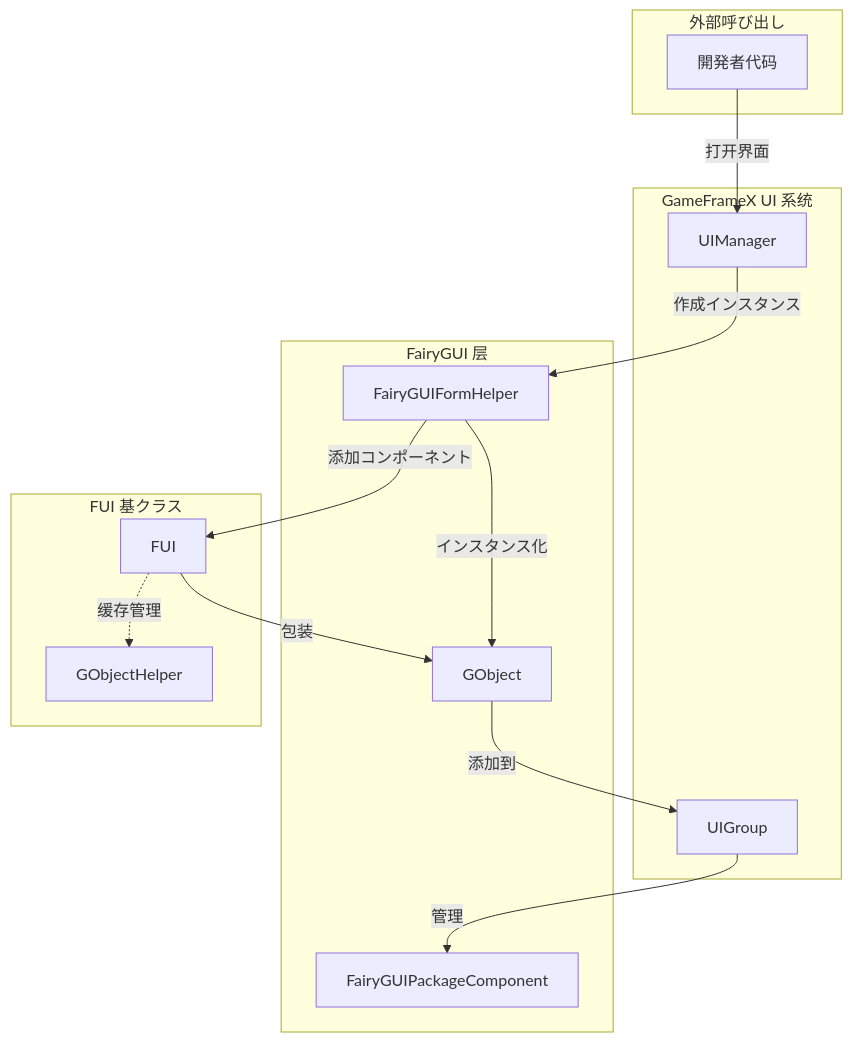
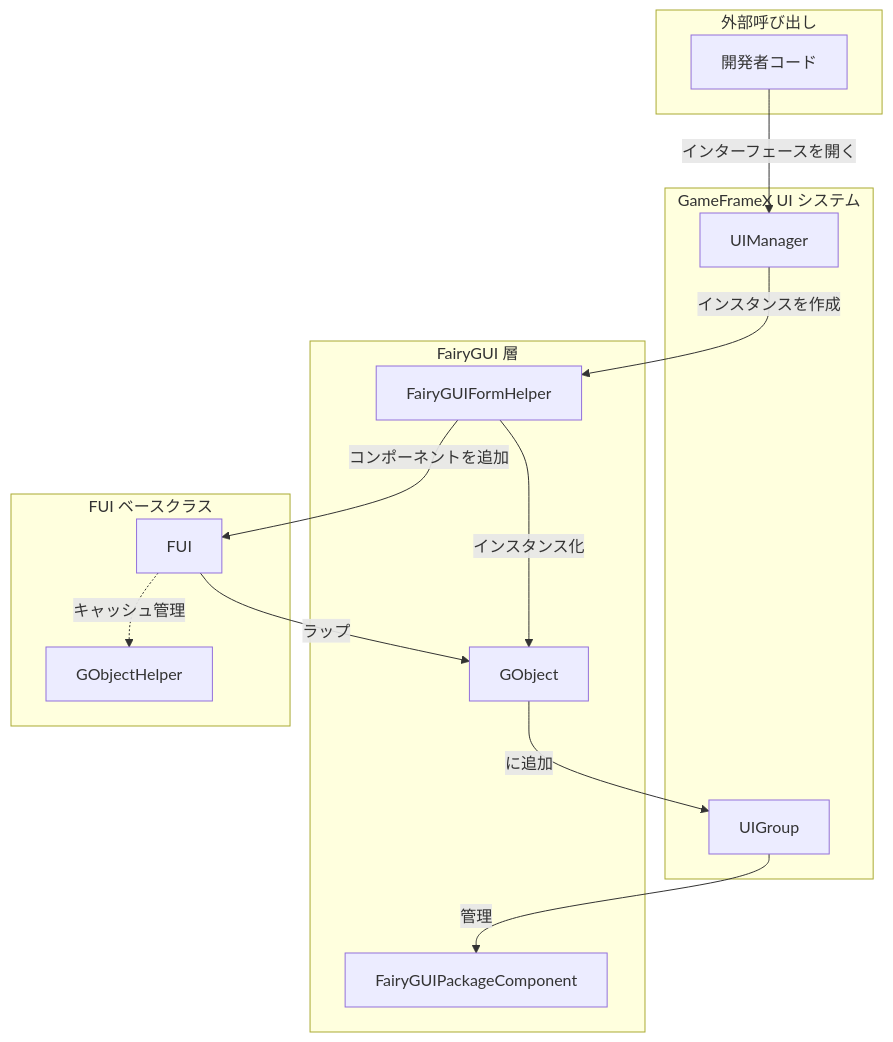
Before and after one commit to AlianBlank/GameFrameX.Docs: the second of 3 diagrams in docs/ja/client/unity/component/ui-fairygui/06.fui-base-class.md, drawn with Mermaid. The commit also changed other lines of this file and 320 other files, not shown here.

````diff
--- a/docs/ja/client/unity/component/ui-fairygui/06.fui-base-class.md
+++ b/docs/ja/client/unity/component/ui-fairygui/06.fui-base-class.md
@@ -56,31 +56,31 @@
 ```mermaid
 flowchart TD
     subgraph External["外部呼び出し"]
-        Dev[開発者代码]
+        Dev[開発者コード]
     end
 
-    subgraph GameFrameX_UI["GameFrameX UI 系统"]
+    subgraph GameFrameX_UI["GameFrameX UI システム"]
         UM[UIManager]
         UGB[UIGroup]
     end
 
-    subgraph FairyGUI["FairyGUI 层"]
+    subgraph FairyGUI["FairyGUI 層"]
         FG[FairyGUIFormHelper]
         FGPG[FairyGUIPackageComponent]
         GO[GObject]
     end
 
-    subgraph FUI_Base["FUI 基クラス"]
+    subgraph FUI_Base["FUI ベースクラス"]
         FUI[FUI]
         GOH[GObjectHelper]
     end
 
-    Dev -->|打开界面| UM
-    UM -->|作成インスタンス| FG
+    Dev -->|インターフェースを開く| UM
+    UM -->|インスタンスを作成| FG
     FG -->|インスタンス化| GO
-    FG -->|添加コンポーネント| FUI
-    FUI -->|包装| GO
-    GO -->|添加到| UGB
+    FG -->|コンポーネントを追加| FUI
+    FUI -->|ラップ| GO
+    GO -->|に追加| UGB
     UGB -->|管理| FGPG
-    FUI -.->|缓存管理| GOH
+    FUI -.->|キャッシュ管理| GOH
 ```
````
